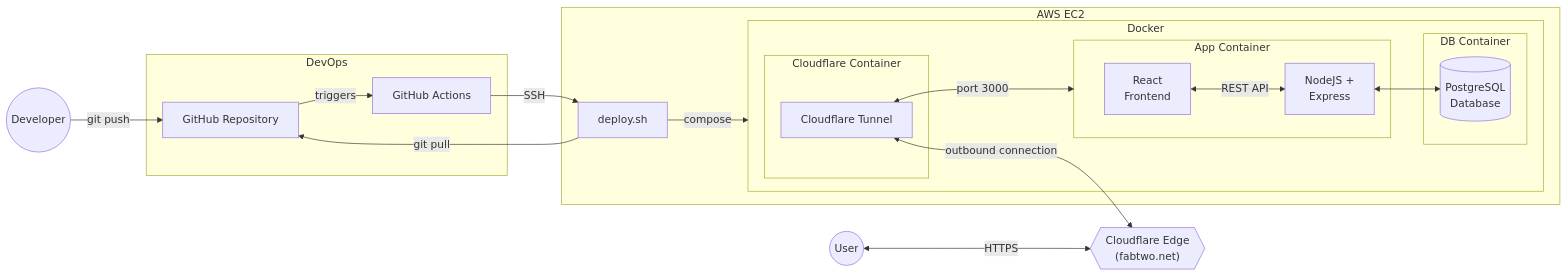
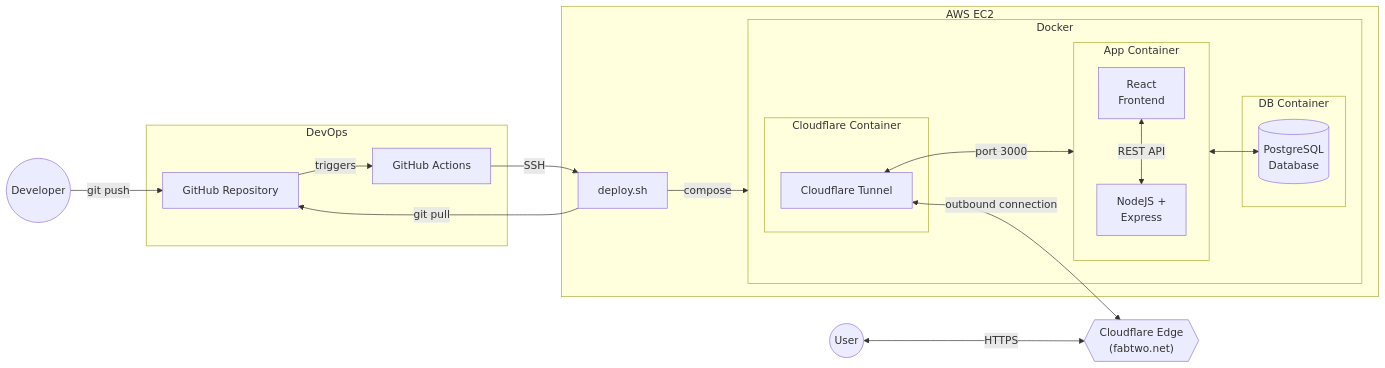
One commit to jarkmaen/beatles-website changed the diagram in README.md. Above: the diagram before and after it, drawn with Mermaid. The commit also changed other lines of this file and 4 other files, not shown here.

````diff
--- a/README.md
+++ b/README.md
@@ -7,43 +9,43 @@
 ```mermaid
 graph LR
     CF{{"Cloudflare Edge<br/>(fabtwo.net)"}}
     Developer((Developer))
     User((User))
 
     subgraph AWS [AWS EC2]
         Deploy[deploy.sh]
 
         subgraph Docker [Docker]
             subgraph AppContainer [App Container]
                 Frontend[React<br/>Frontend]
                 Backend[NodeJS +<br/>Express]
             end
 
             subgraph DBContainer [DB Container]
                 DB[(PostgreSQL<br/>Database)]
             end
 
             subgraph TunnelContainer [Cloudflare Container]
                 Tunnel[Cloudflare Tunnel]
             end
         end
     end
 
     subgraph DevOps [DevOps]
         Repository[GitHub Repository]
         Actions[GitHub Actions]
     end
 
     Developer -- "git push" --> Repository
     Repository -- "triggers" --> Actions
     Actions -- "SSH" --> Deploy
     Deploy -- "git pull" --> Repository
     Deploy -- "compose" --> Docker
 
     Frontend <-- REST API --> Backend
-    Backend <--> DB
+    AppContainer <--> DB
 
     User <-- "HTTPS" --> CF
     Tunnel <-- "outbound connection" --> CF
     Tunnel <-- "port 3000" --> AppContainer
 ```
````
